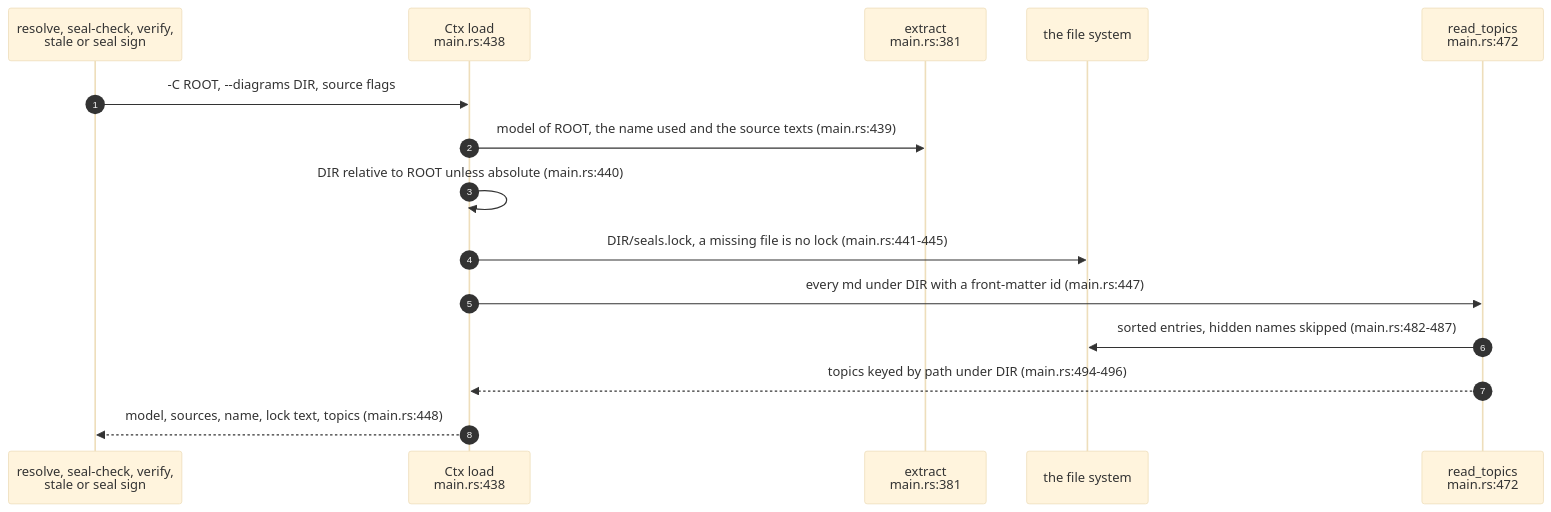
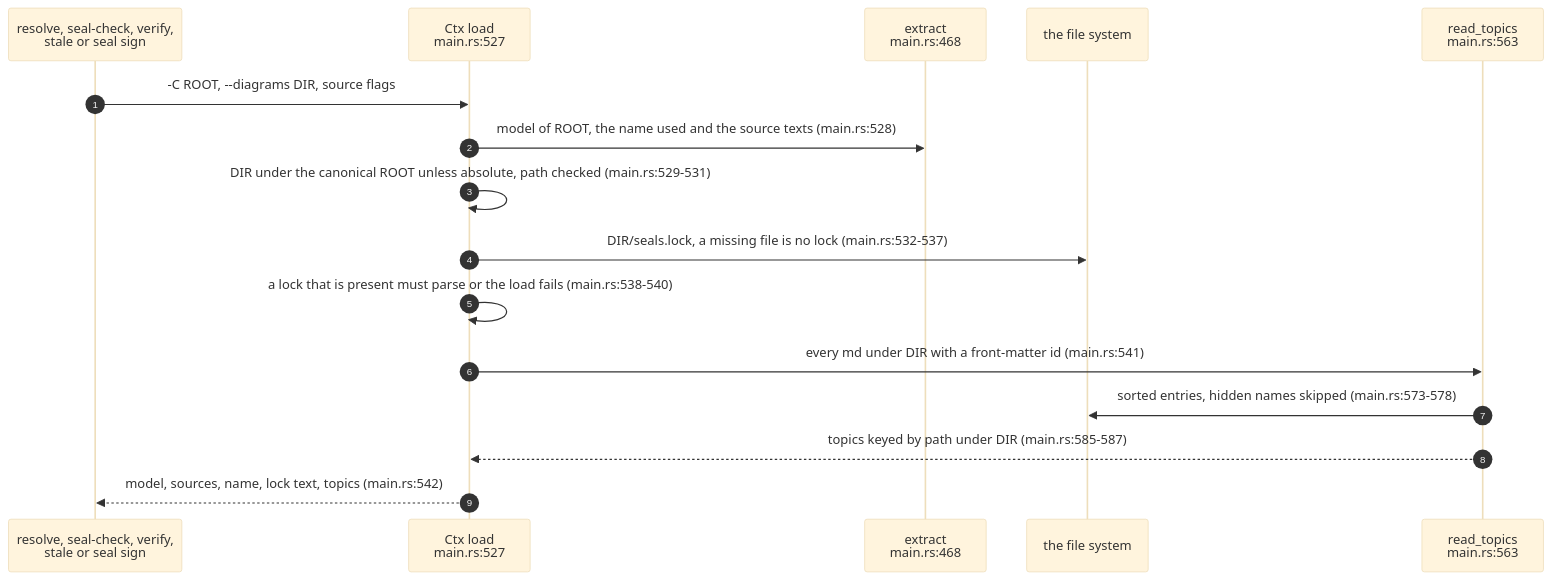
The first of 4 diagrams in docs/diagrams/sealmap/16-the-seal-commands.md (DreamLab-AI/VisionFlow), drawn with Mermaid (base theme) before and after one commit. The commit also changed other lines of this file and 59 other files, not shown here.

First line of the commit message:
docs(diagrams): re-derive and re-stamp forum, website, pod, ontomark and sealmap topics

````diff
--- a/docs/diagrams/sealmap/16-the-seal-commands.md
+++ b/docs/diagrams/sealmap/16-the-seal-commands.md
@@ -44,17 +44,18 @@
 ```mermaid
 sequenceDiagram
     autonumber
     participant CMD as resolve, seal-check, verify,<br/>stale or seal sign
-    participant CX as Ctx load<br/>main.rs:438
-    participant EX as extract<br/>main.rs:381
+    participant CX as Ctx load<br/>main.rs:527
+    participant EX as extract<br/>main.rs:468
     participant FS as the file system
-    participant RT as read_topics<br/>main.rs:472
+    participant RT as read_topics<br/>main.rs:563
     CMD->>CX: -C ROOT, --diagrams DIR, source flags
-    CX->>EX: model of ROOT, the name used and the source texts (main.rs:439)
-    CX->>CX: DIR relative to ROOT unless absolute (main.rs:440)
-    CX->>FS: DIR/seals.lock, a missing file is no lock (main.rs:441-445)
-    CX->>RT: every md under DIR with a front-matter id (main.rs:447)
-    RT->>FS: sorted entries, hidden names skipped (main.rs:482-487)
-    RT-->>CX: topics keyed by path under DIR (main.rs:494-496)
-    CX-->>CMD: model, sources, name, lock text, topics (main.rs:448)
+    CX->>EX: model of ROOT, the name used and the source texts (main.rs:528)
+    CX->>CX: DIR under the canonical ROOT unless absolute, path checked (main.rs:529-531)
+    CX->>FS: DIR/seals.lock, a missing file is no lock (main.rs:532-537)
+    CX->>CX: a lock that is present must parse or the load fails (main.rs:538-540)
+    CX->>RT: every md under DIR with a front-matter id (main.rs:541)
+    RT->>FS: sorted entries, hidden names skipped (main.rs:573-578)
+    RT-->>CX: topics keyed by path under DIR (main.rs:585-587)
+    CX-->>CMD: model, sources, name, lock text, topics (main.rs:542)
 ```
````
